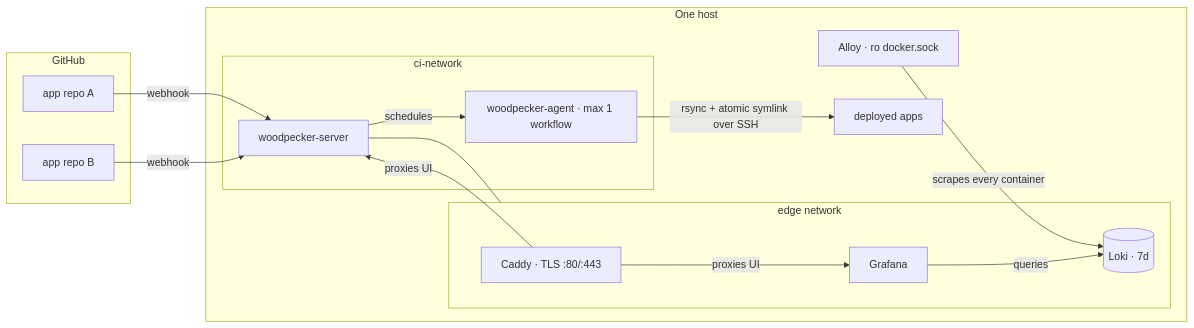
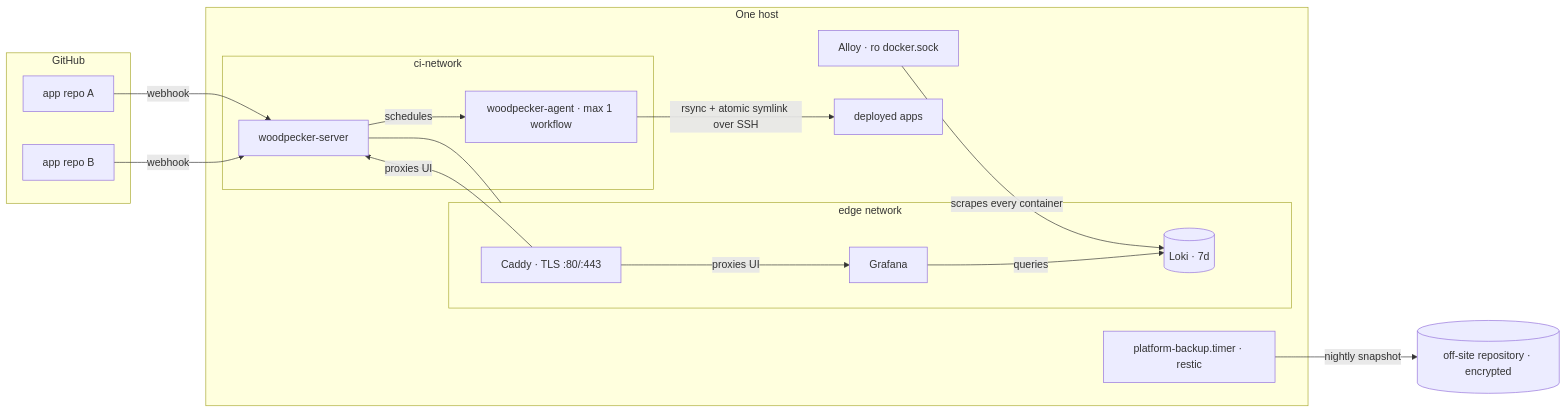
Before and after one commit to aneskurtovic/infra: the diagram in README.md, drawn with Mermaid. The commit also changed other lines of this file and 16 other files, not shown here.

````diff
--- a/README.md
+++ b/README.md
@@ -25,28 +25,31 @@
 ```mermaid
 flowchart LR
     subgraph GH[GitHub]
       R1[app repo A]
       R2[app repo B]
     end
     subgraph Box[One host]
       subgraph edge[edge network]
         CADDY[Caddy · TLS :80/:443]
         GRAF[Grafana]
         LOKI[(Loki · 7d)]
       end
       subgraph ci[ci-network]
         WS[woodpecker-server]
         WA[woodpecker-agent · max 1 workflow]
       end
       WS --- edge
       APPS[deployed apps]
       ALLOY[Alloy · ro docker.sock]
+      BKP[platform-backup.timer · restic]
     end
+    OFF[(off-site repository · encrypted)]
     R1 & R2 -- webhook --> WS
     CADDY -- proxies UI --> WS
     CADDY -- proxies UI --> GRAF
     WS -- schedules --> WA
     WA -- rsync + atomic symlink over SSH --> APPS
     ALLOY -- scrapes every container --> LOKI
     GRAF -- queries --> LOKI
+    BKP -- nightly snapshot --> OFF
 ```
````
